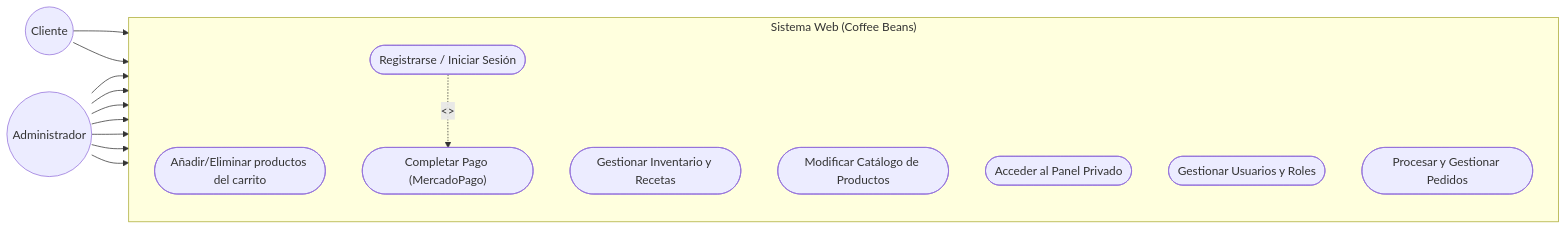
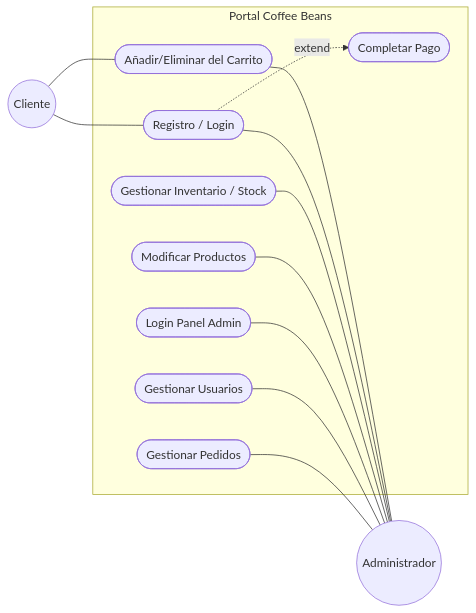
One commit to FidelGenre/ECommerce changed the first of 3 diagrams in docs/Informe_Final.md. Above: the diagram before and after it, drawn with Mermaid. The commit also changed other lines of this file and 17 other files, not shown here.

````diff
--- a/docs/Informe_Final.md
+++ b/docs/Informe_Final.md
@@ -52,34 +63,28 @@
 ```mermaid
-flowchart LR
-  %% Actores
-  Cliente((Cliente))
-  Administrador((Administrador))
+graph LR
+    C((Cliente))
+    A((Administrador))
 
-  subgraph Sistema ["Sistema Web (Coffee Beans)"]
-      direction TB
-      UC1(["Añadir/Eliminar productos del carrito"])
-      UC2(["Registrarse / Iniciar Sesión"])
-      UC3(["Completar Pago (MercadoPago)"])
-      UC4(["Gestionar Inventario y Recetas"])
-      UC5(["Modificar Catálogo de Productos"])
-      UC6(["Acceder al Panel Privado"])
-      UC7(["Gestionar Usuarios y Roles"])
-      UC8(["Procesar y Gestionar Pedidos"])
-  end
+    subgraph Sistema ["Portal Coffee Beans"]
+        UC1(["Añadir/Eliminar del Carrito"])
+        UC2(["Registro / Login"])
+        UC3(["Completar Pago"])
+        UC4(["Gestionar Inventario / Stock"])
+        UC5(["Modificar Productos"])
+        UC6(["Login Panel Admin"])
+        UC7(["Gestionar Usuarios"])
+        UC8(["Gestionar Pedidos"])
+    end
 
-  %% Relaciones del Cliente
-  Cliente --> UC1
-  Cliente --> UC2
-  UC2 -. "<<extend>>" .-> UC3
-  
-  %% Relaciones del Administrador
-  Administrador --> UC4
-  Administrador --> UC5
-  Administrador --> UC6
-  Administrador --> UC7
-  Administrador --> UC8
-  
-  %% Accesos compartidos
-  Administrador --> UC1
-  Administrador --> UC2
+    C --- UC1
+    C --- UC2
+    UC2 -. extend .-> UC3
+
+    UC1 --- A
+    UC2 --- A
+    UC4 --- A
+    UC5 --- A
+    UC6 --- A
+    UC7 --- A
+    UC8 --- A
 ```
````
